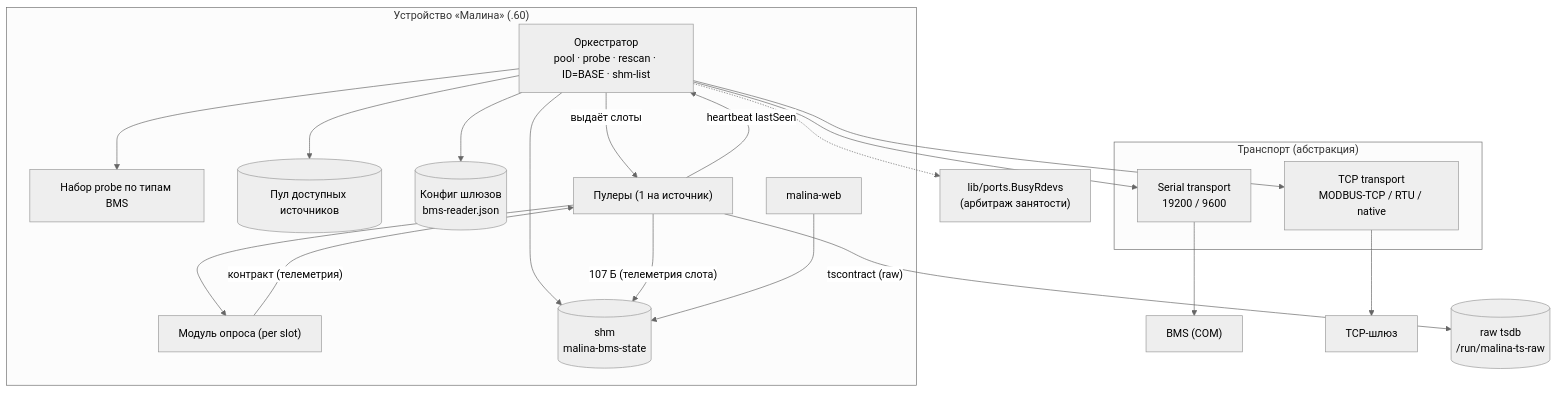
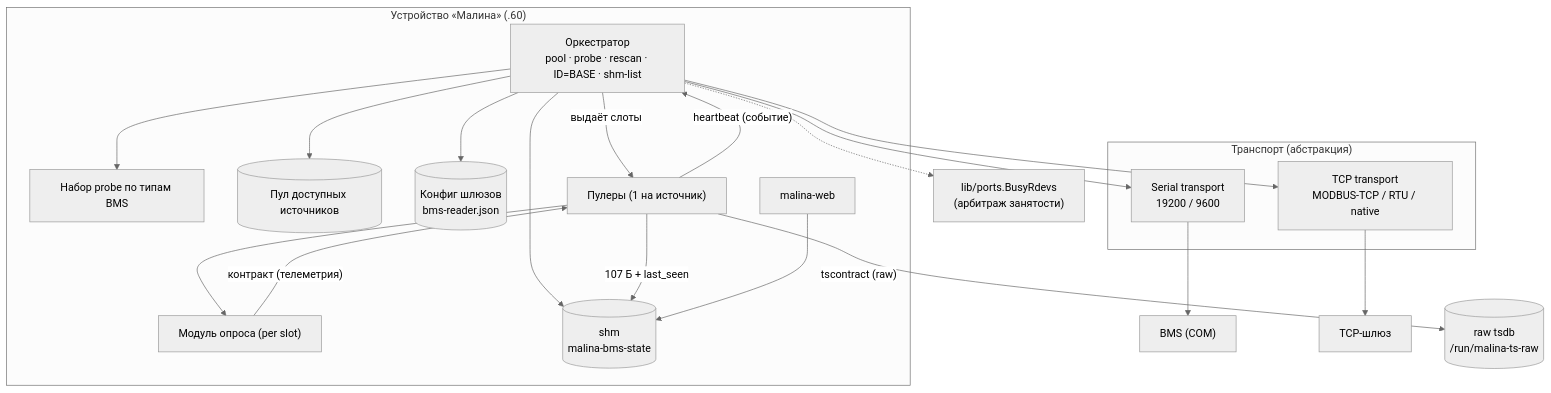
One commit to galiy/malina-26 changed the first of 11 diagrams in docs/bms-reader-arch.md. Above: the diagram before and after it, drawn with Mermaid (neutral theme). The commit also changed other lines of this file and 42 other files, not shown here.

````diff
--- a/docs/bms-reader-arch.md
+++ b/docs/bms-reader-arch.md
@@ -79,43 +79,43 @@
 ```mermaid
 flowchart TB
   subgraph PI["Устройство «Малина» (.60)"]
     ORCH["Оркестратор<br/>pool · probe · rescan · ID=BASE · shm-list"]
     PROBES["Набор probe по типам BMS"]
     POOL[("Пул доступных источников")]
     GWCFG[("Конфиг шлюзов<br/>bms-reader.json")]
     PULLER["Пулеры (1 на источник)"]
     MOD["Модуль опроса (per slot)"]
     SHM[("shm<br/>malina-bms-state")]
     WEB["malina-web"]
   end
 
   subgraph TRANS["Транспорт (абстракция)"]
     SER["Serial transport<br/>19200 / 9600"]
     TCPT["TCP transport<br/>MODBUS-TCP / RTU / native"]
   end
 
   DEV1["BMS (COM)"]
   GW["TCP-шлюз"]
 
   RAWT[("raw tsdb<br/>/run/malina-ts-raw")]
   BUSY["lib/ports.BusyRdevs<br/>(арбитраж занятости)"]
 
   ORCH --> PROBES
   ORCH --> POOL
   ORCH --> GWCFG
   ORCH --> SHM
   ORCH --> SER
   ORCH --> TCPT
   ORCH -.-> BUSY
   SER --> DEV1
   TCPT --> GW
 
   ORCH -->|"выдаёт слоты"| PULLER
   PULLER --> MOD
   MOD -->|"контракт (телеметрия)"| PULLER
-  PULLER -->|"heartbeat lastSeen"| ORCH
-  PULLER -->|"107 Б (телеметрия слота)"| SHM
+  PULLER -->|"heartbeat (событие)"| ORCH
+  PULLER -->|"107 Б + last_seen"| SHM
   PULLER -->|"tscontract (raw)"| RAWT
 
   WEB --> SHM
 ```
````
